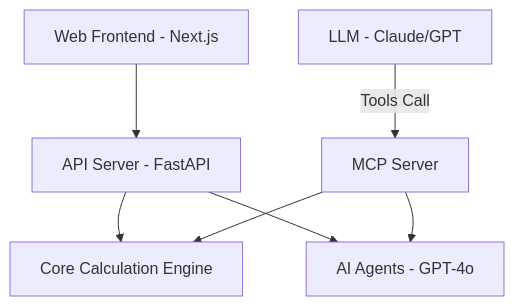
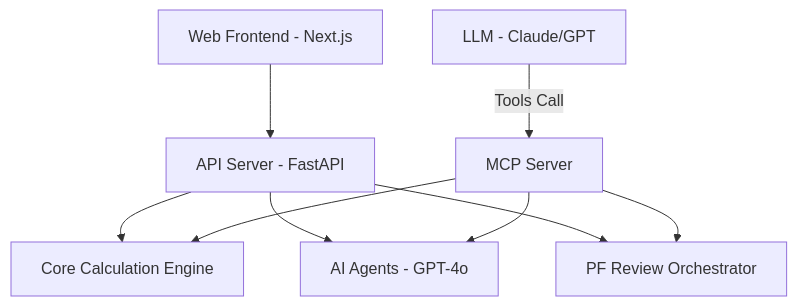
Before and after one commit to parkwh79-stack/real-estate-os: the diagram in README.md, drawn with Mermaid. The commit also changed other lines of this file and 8 other files, not shown here.

````diff
--- a/README.md
+++ b/README.md
@@ -25,9 +25,11 @@
 ```mermaid
 graph TD
     A[Web Frontend - Next.js] --> B[API Server - FastAPI]
     B --> C[Core Calculation Engine]
     B --> D[AI Agents - GPT-4o]
+    B --> G[PF Review Orchestrator]
     E[MCP Server] --> C
     E --> D
+    E --> G
     F[LLM - Claude/GPT] -- Tools Call --> E
 ```
````
